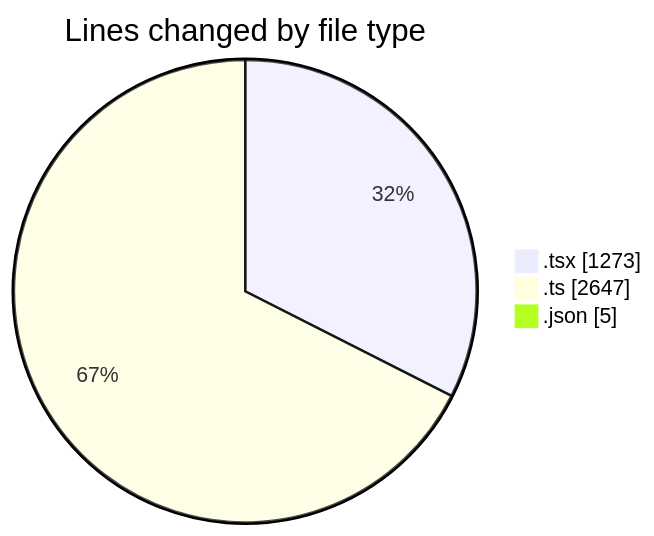
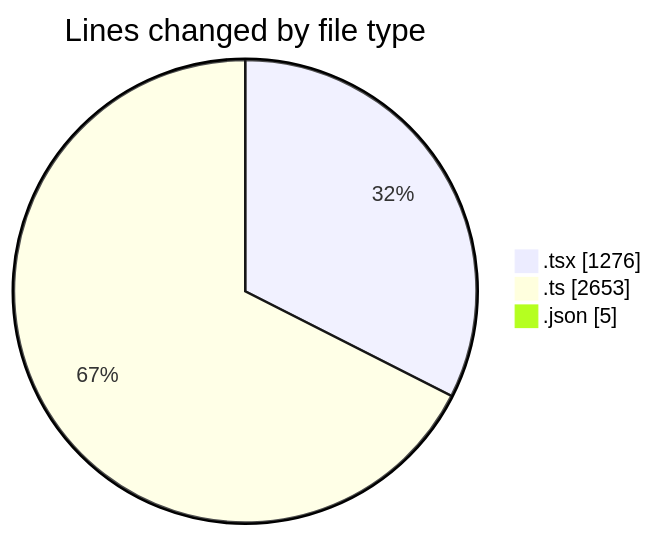
One commit to julien-gomy/code-tracking changed the first of 2 diagrams in 2025-11-23/eventscop-frontend-guide__workspace_/README.md. Above: the diagram before and after it, drawn with Mermaid. The commit also changed other lines of this file and 1 other file, not shown here.

````diff
--- a/2025-11-23/eventscop-frontend-guide__workspace_/README.md
+++ b/2025-11-23/eventscop-frontend-guide__workspace_/README.md
@@ -50,7 +51,7 @@
 ```mermaid
 pie showData
 title Lines changed by file type
-".tsx" : 1273
-".ts" : 2647
+".tsx" : 1276
+".ts" : 2653
 ".json" : 5
 ```
````
